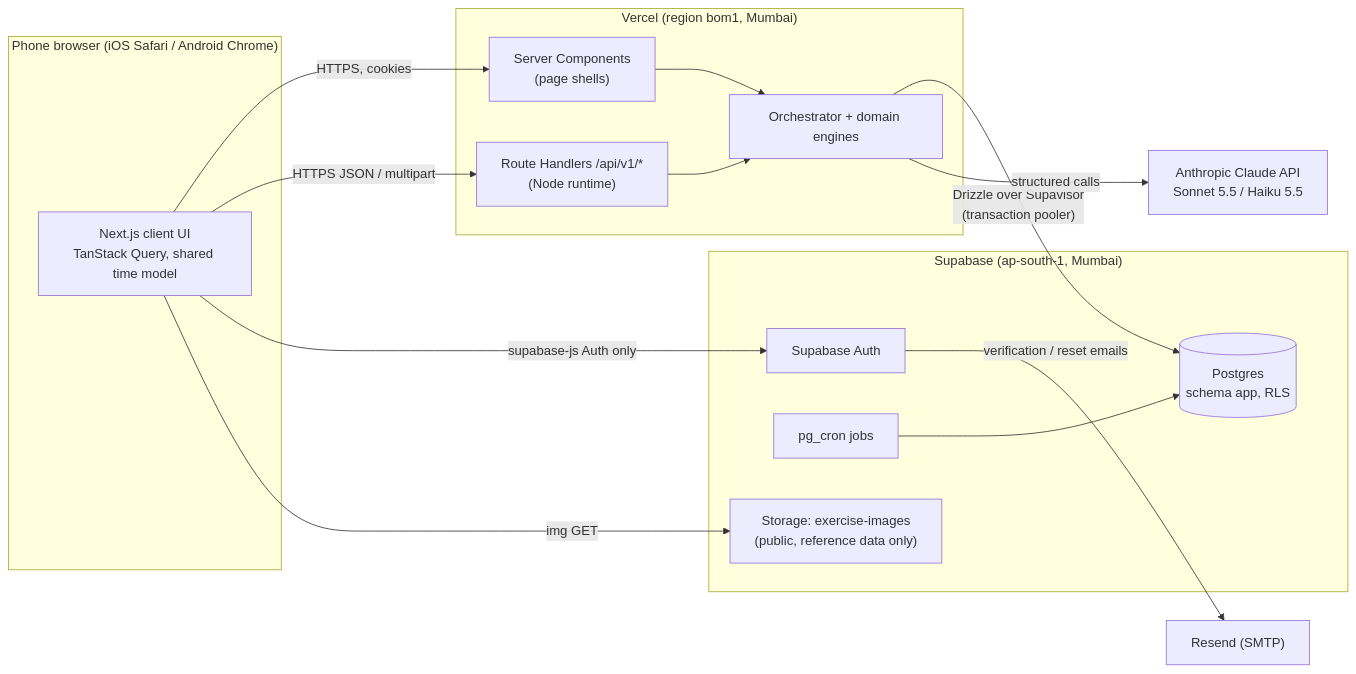
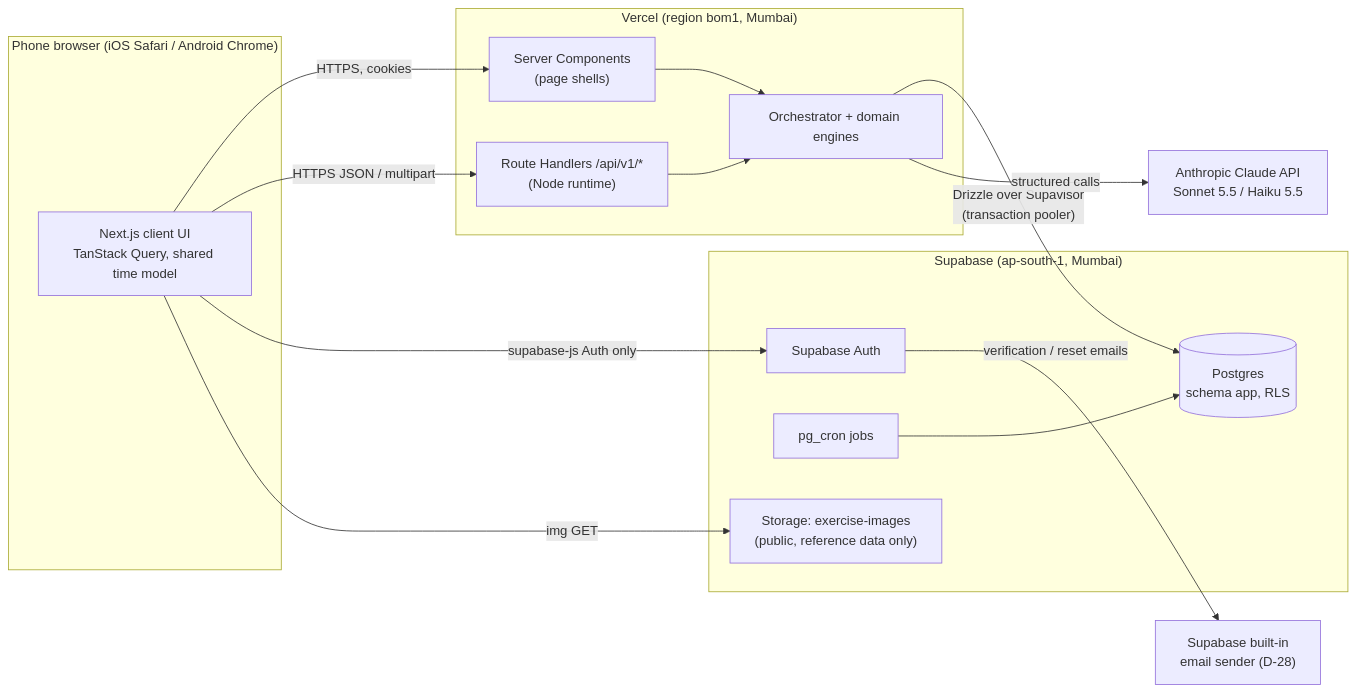
Before and after one commit to dbaid-code/fitness-coach: the first of 8 diagrams in docs/engineering/engineering-doc.md, drawn with Mermaid. The commit also changed other lines of this file, not shown here.

````diff
--- a/docs/engineering/engineering-doc.md
+++ b/docs/engineering/engineering-doc.md
@@ -89,30 +96,30 @@
 ```mermaid
 flowchart LR
     subgraph Phone["Phone browser (iOS Safari / Android Chrome)"]
         UI["Next.js client UI<br/>TanStack Query, shared time model"]
     end
     subgraph Vercel["Vercel (region bom1, Mumbai)"]
         RSC["Server Components<br/>(page shells)"]
         API["Route Handlers /api/v1/*<br/>(Node runtime)"]
         ORC["Orchestrator + domain engines"]
     end
     subgraph Supabase["Supabase (ap-south-1, Mumbai)"]
         AUTH["Supabase Auth"]
         PG[("Postgres<br/>schema app, RLS")]
         CRON["pg_cron jobs"]
         STO["Storage: exercise-images<br/>(public, reference data only)"]
     end
     ANT["Anthropic Claude API<br/>Sonnet 5.5 / Haiku 5.5"]
-    RES["Resend (SMTP)"]
+    RES["Supabase built-in<br/>email sender (D-28)"]
 
     UI -- "HTTPS, cookies" --> RSC
     UI -- "HTTPS JSON / multipart" --> API
     UI -- "supabase-js Auth only" --> AUTH
     UI -- "img GET" --> STO
     API --> ORC
     RSC --> ORC
     ORC -- "Drizzle over Supavisor<br/>(transaction pooler)" --> PG
     ORC -- "structured calls" --> ANT
     AUTH -- "verification / reset emails" --> RES
     CRON --> PG
 ```
````
